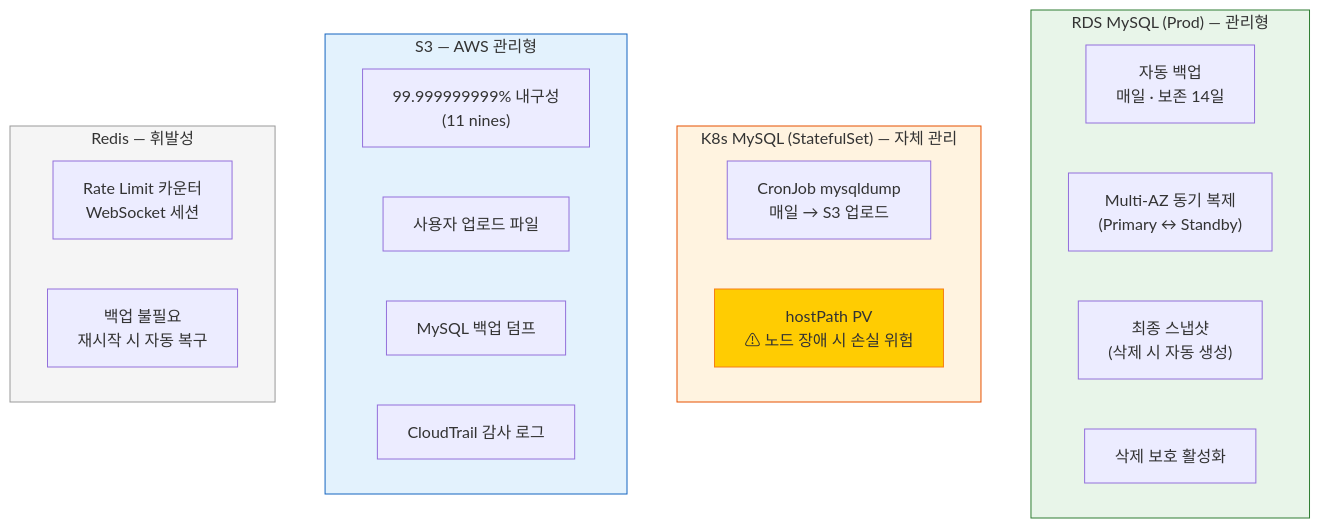
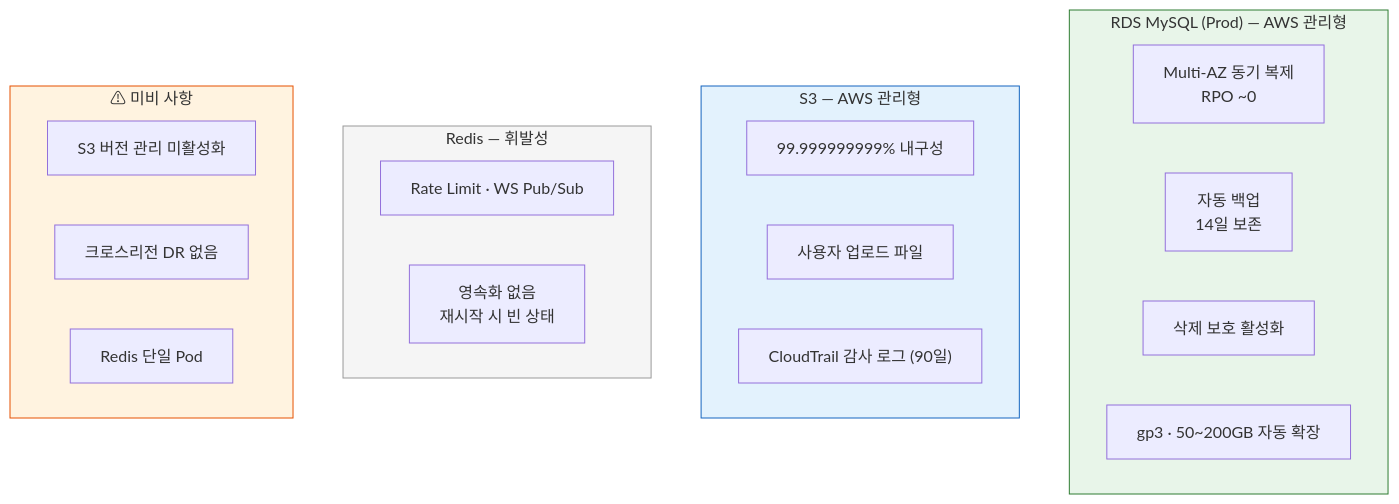
One commit to 80-hours-a-week/2-cho-community-infra changed diagram 14 of 17 in report.md. Above: the diagram before and after it, drawn with Mermaid. The commit also changed other lines of this file and 1 other file, not shown here.

First line of the commit message:
docs: README.md 및 report.md를 현재 EKS Prod 인프라에 맞게 갱신

````diff
--- a/report.md
+++ b/report.md
@@ -744,32 +697,31 @@
 ```mermaid
 flowchart TD
-    subgraph RDS_Backup["RDS MySQL (Prod) — 관리형"]
-        Auto["자동 백업<br/>매일 · 보존 14일"]
-        MultiAZ["Multi-AZ 동기 복제<br/>(Primary ↔ Standby)"]
-        Final["최종 스냅샷<br/>(삭제 시 자동 생성)"]
-        Delete_Protect["삭제 보호 활성화"]
+    subgraph RDS_Layer["RDS MySQL (Prod) — AWS 관리형"]
+        MultiAZ["Multi-AZ 동기 복제<br/>RPO ~0"]
+        AutoBackup["자동 백업<br/>14일 보존"]
+        DeleteProtect["삭제 보호 활성화"]
+        Storage["gp3 · 50~200GB 자동 확장"]
     end
 
-    subgraph K8s_Backup["K8s MySQL (StatefulSet) — 자체 관리"]
-        CronJob["CronJob mysqldump<br/>매일 → S3 업로드"]
-        HostPath["hostPath PV<br/>⚠ 노드 장애 시 손실 위험"]
+    subgraph S3_Layer["S3 — AWS 관리형"]
+        Durability["99.999999999% 내구성"]
+        Uploads["사용자 업로드 파일"]
+        CT_Logs["CloudTrail 감사 로그 (90일)"]
     end
 
-    subgraph S3_Backup["S3 — AWS 관리형"]
-        Durability["99.999999999% 내구성<br/>(11 nines)"]
-        Uploads["사용자 업로드 파일"]
-        MySQL_Dump["MySQL 백업 덤프"]
-        CT_Logs["CloudTrail 감사 로그"]
+    subgraph Redis_Layer["Redis — 휘발성"]
+        Volatile["Rate Limit · WS Pub/Sub"]
+        No_Persist["영속화 없음<br/>재시작 시 빈 상태"]
     end
 
-    subgraph Redis_Data["Redis — 휘발성"]
-        Volatile["Rate Limit 카운터<br/>WebSocket 세션"]
-        No_Backup["백업 불필요<br/>재시작 시 자동 복구"]
+    subgraph Gaps["⚠ 미비 사항"]
+        No_Version["S3 버전 관리 미활성화"]
+        No_CrossRegion["크로스리전 DR 없음"]
+        Redis_Single["Redis 단일 Pod"]
     end
 
-    style RDS_Backup fill:#e8f5e9,stroke:#2e7d32
-    style K8s_Backup fill:#fff3e0,stroke:#e65100
-    style S3_Backup fill:#e3f2fd,stroke:#1565c0
-    style Redis_Data fill:#f5f5f5,stroke:#999
-    style HostPath fill:#ffcc02,stroke:#f57f17
+    style RDS_Layer fill:#e8f5e9,stroke:#2e7d32
+    style S3_Layer fill:#e3f2fd,stroke:#1565c0
+    style Redis_Layer fill:#f5f5f5,stroke:#999
+    style Gaps fill:#fff3e0,stroke:#e65100
 ```
````
